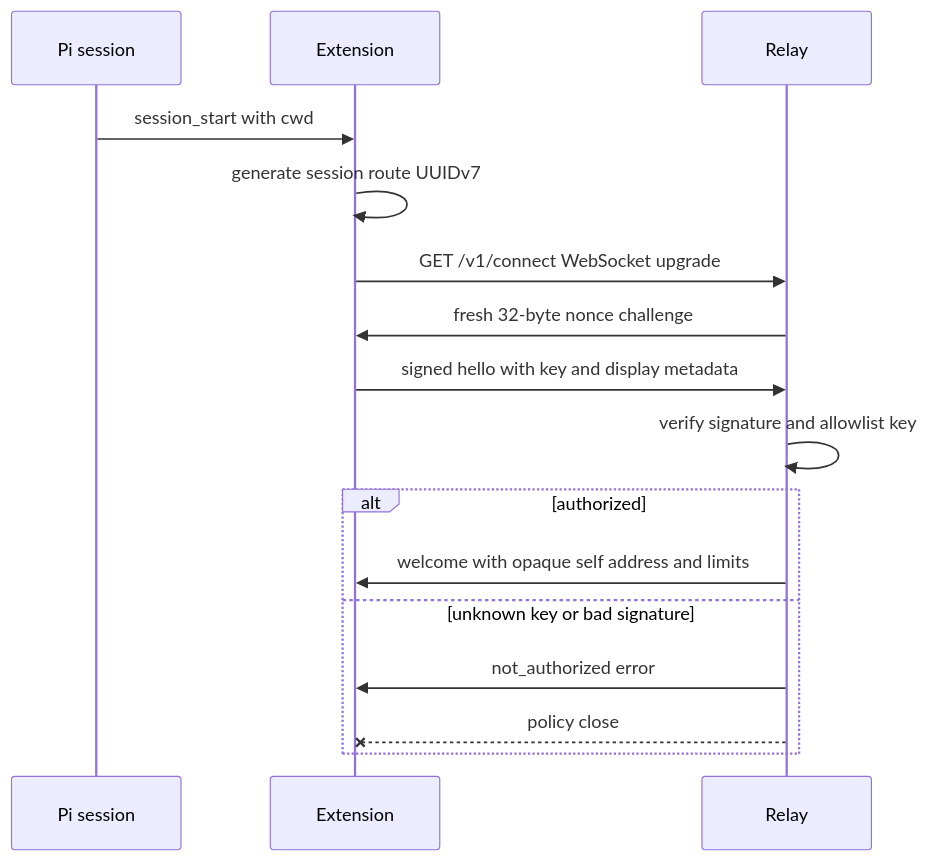
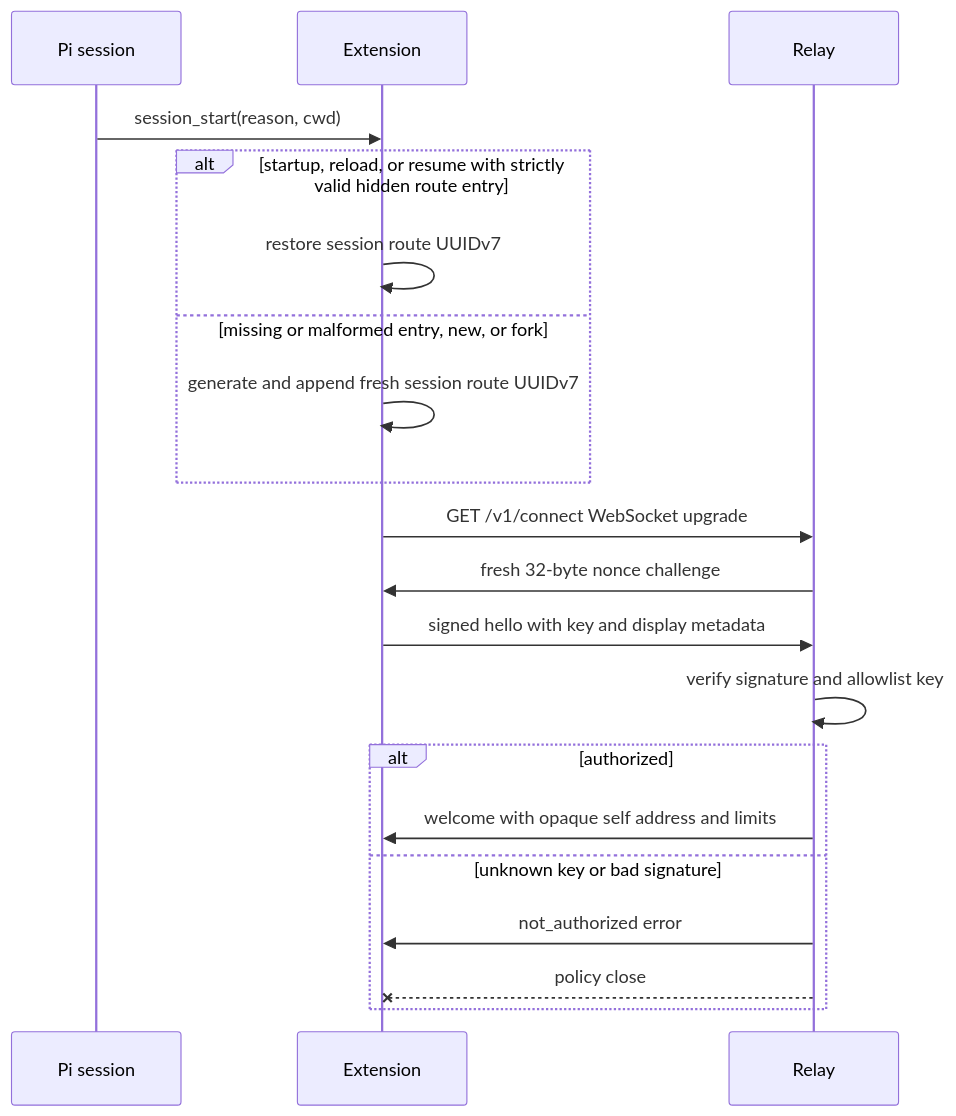
The diagram in docs/src/content/docs/developer/relay/session-authentication.mdx (tigorlazuardi/pi-messaging-relay), drawn with Mermaid before and after one commit. The commit also changed other lines of this file and 14 other files, not shown here.

````diff
--- a/docs/src/content/docs/developer/relay/session-authentication.mdx
+++ b/docs/src/content/docs/developer/relay/session-authentication.mdx
@@ -19,18 +19,22 @@
 ```mermaid
 sequenceDiagram
     participant P as Pi session
     participant E as Extension
     participant R as Relay
-    P->>E: session_start with cwd
-    E->>E: generate session route UUIDv7
+    P->>E: session_start(reason, cwd)
+    alt startup, reload, or resume with strictly valid hidden route entry
+      E->>E: restore session route UUIDv7
+    else missing or malformed entry, new, or fork
+      E->>E: generate and append fresh session route UUIDv7
+    end
     E->>R: GET /v1/connect WebSocket upgrade
     R->>E: fresh 32-byte nonce challenge
     E->>R: signed hello with key and display metadata
     R->>R: verify signature and allowlist key
     alt authorized
       R->>E: welcome with opaque self address and limits
     else unknown key or bad signature
       R->>E: not_authorized error
       R--xE: policy close
     end
 ```
````
